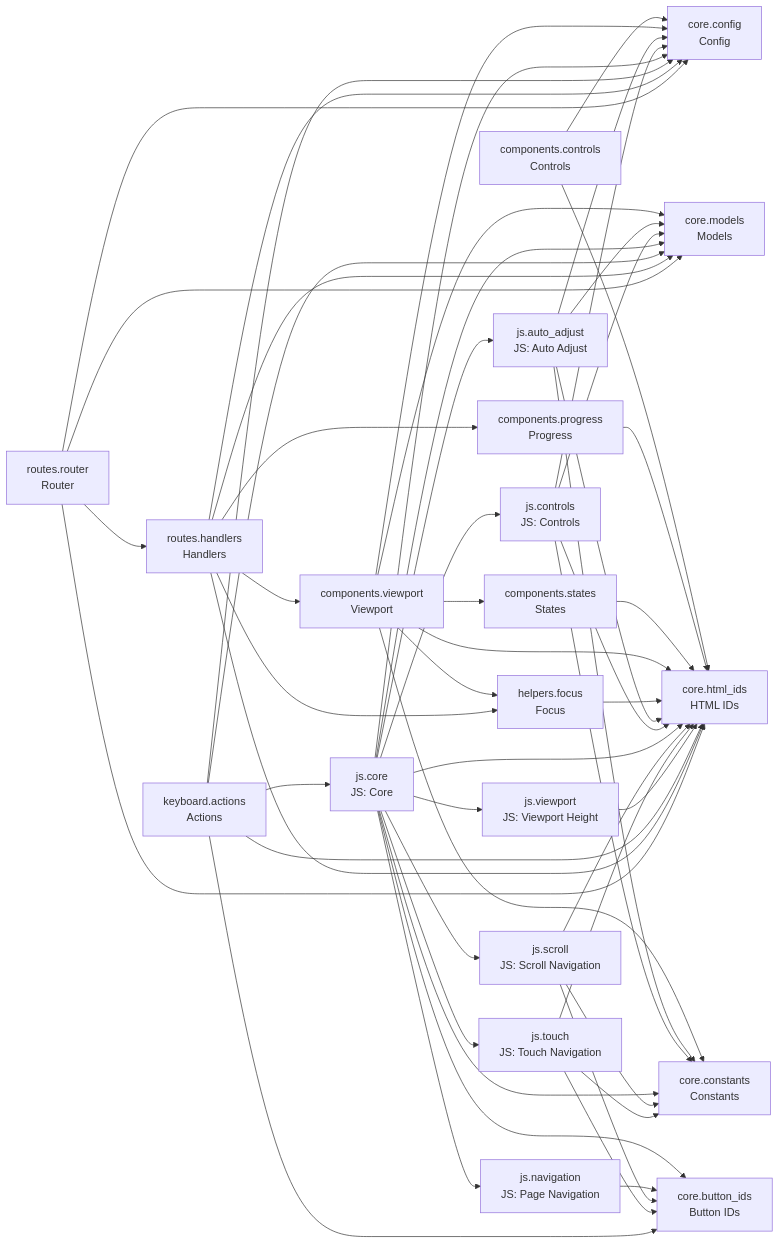
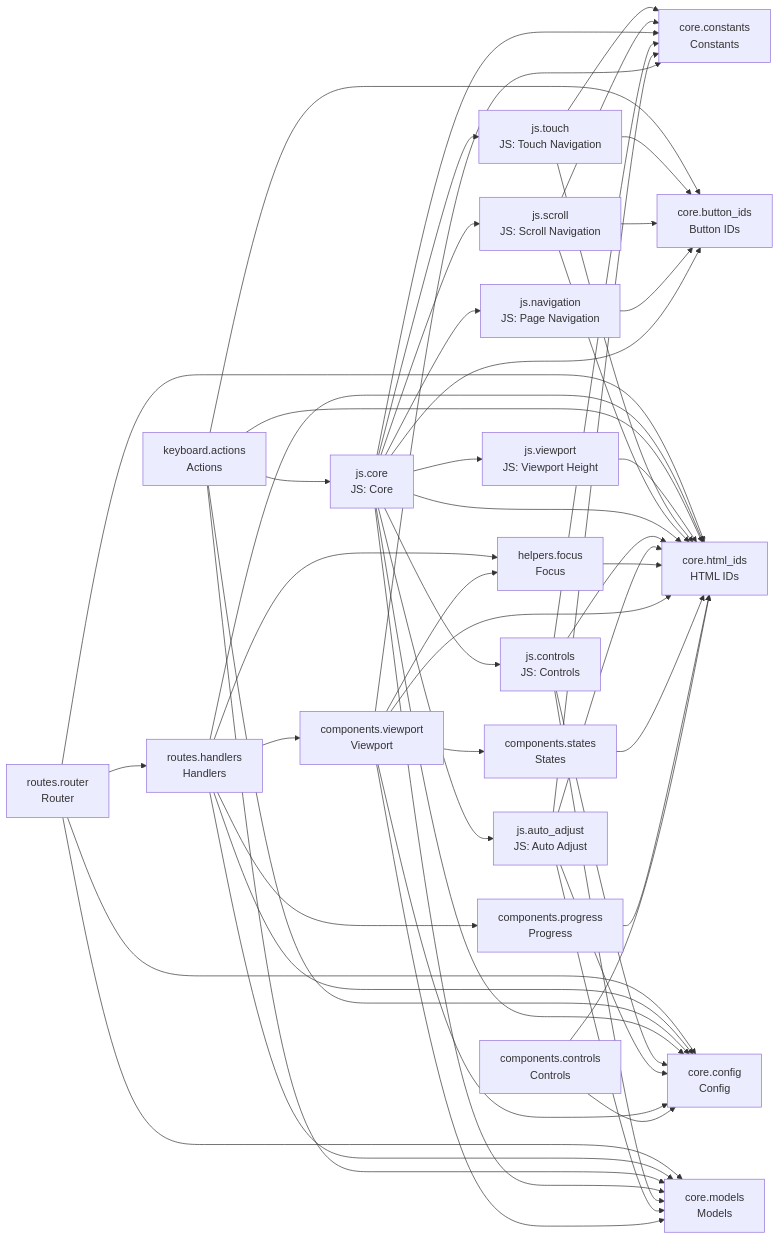
The diagram in README.md (cj-mills/cjm-fasthtml-card-stack), drawn with Mermaid before and after one commit. The commit also changed other lines of this file and 3 other files, not shown here.

````diff
--- a/README.md
+++ b/README.md
@@ -46,77 +46,77 @@
 ``` mermaid
 graph LR
     components_controls[components.controls<br/>Controls]
     components_progress[components.progress<br/>Progress]
     components_states[components.states<br/>States]
     components_viewport[components.viewport<br/>Viewport]
     core_button_ids[core.button_ids<br/>Button IDs]
     core_config[core.config<br/>Config]
     core_constants[core.constants<br/>Constants]
     core_html_ids[core.html_ids<br/>HTML IDs]
     core_models[core.models<br/>Models]
     helpers_focus[helpers.focus<br/>Focus]
     js_auto_adjust[js.auto_adjust<br/>JS: Auto Adjust]
     js_controls[js.controls<br/>JS: Controls]
     js_core[js.core<br/>JS: Core]
     js_navigation[js.navigation<br/>JS: Page Navigation]
     js_scroll[js.scroll<br/>JS: Scroll Navigation]
     js_touch[js.touch<br/>JS: Touch Navigation]
     js_viewport[js.viewport<br/>JS: Viewport Height]
     keyboard_actions[keyboard.actions<br/>Actions]
     routes_handlers[routes.handlers<br/>Handlers]
     routes_router[routes.router<br/>Router]
 
+    components_controls --> core_html_ids
     components_controls --> core_config
-    components_controls --> core_html_ids
     components_progress --> core_html_ids
     components_states --> core_html_ids
+    components_viewport --> core_constants
+    components_viewport --> helpers_focus
+    components_viewport --> core_html_ids
+    components_viewport --> components_states
+    components_viewport --> core_models
     components_viewport --> core_config
-    components_viewport --> core_models
-    components_viewport --> core_html_ids
-    components_viewport --> helpers_focus
-    components_viewport --> core_constants
-    components_viewport --> components_states
     helpers_focus --> core_html_ids
     js_auto_adjust --> core_models
+    js_auto_adjust --> core_html_ids
+    js_auto_adjust --> core_config
     js_auto_adjust --> core_constants
-    js_auto_adjust --> core_config
-    js_auto_adjust --> core_html_ids
     js_controls --> core_constants
     js_controls --> core_models
+    js_controls --> core_html_ids
     js_controls --> core_config
-    js_controls --> core_html_ids
+    js_core --> core_constants
+    js_core --> js_controls
+    js_core --> js_navigation
+    js_core --> js_scroll
+    js_core --> js_viewport
+    js_core --> core_html_ids
+    js_core --> js_auto_adjust
+    js_core --> js_touch
+    js_core --> core_button_ids
+    js_core --> core_models
     js_core --> core_config
-    js_core --> core_button_ids
-    js_core --> js_controls
-    js_core --> core_models
-    js_core --> js_navigation
-    js_core --> core_html_ids
-    js_core --> js_viewport
-    js_core --> core_constants
-    js_core --> js_scroll
-    js_core --> js_touch
-    js_core --> js_auto_adjust
     js_navigation --> core_button_ids
     js_scroll --> core_constants
+    js_scroll --> core_button_ids
     js_scroll --> core_html_ids
-    js_scroll --> core_button_ids
     js_touch --> core_constants
+    js_touch --> core_button_ids
     js_touch --> core_html_ids
-    js_touch --> core_button_ids
     js_viewport --> core_html_ids
+    keyboard_actions --> js_core
+    keyboard_actions --> core_html_ids
+    keyboard_actions --> core_button_ids
     keyboard_actions --> core_config
-    keyboard_actions --> core_button_ids
-    keyboard_actions --> core_html_ids
     keyboard_actions --> core_models
-    keyboard_actions --> js_core
-    routes_handlers --> core_config
     routes_handlers --> components_viewport
     routes_handlers --> helpers_focus
+    routes_handlers --> core_html_ids
+    routes_handlers --> core_models
+    routes_handlers --> core_config
     routes_handlers --> components_progress
-    routes_handlers --> core_models
-    routes_handlers --> core_html_ids
-    routes_router --> core_config
-    routes_router --> core_models
     routes_router --> routes_handlers
     routes_router --> core_html_ids
+    routes_router --> core_models
+    routes_router --> core_config
 ```
````
